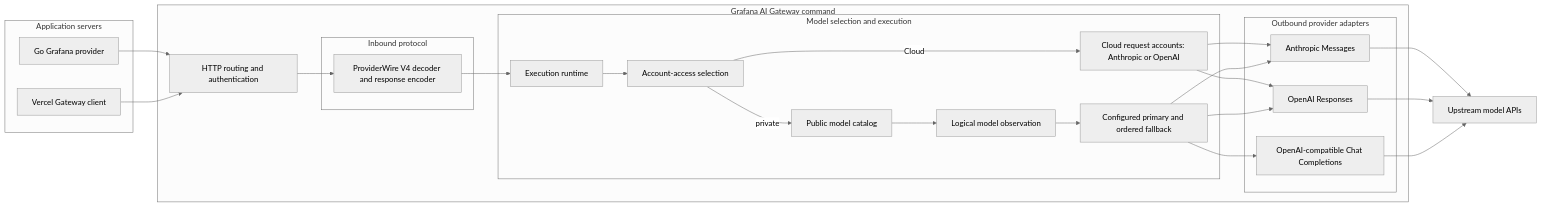
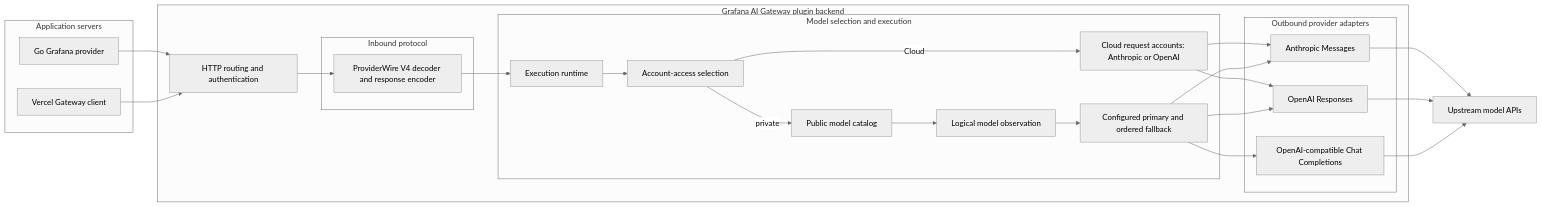
One commit to grafana/ai-sdk changed the first of 3 diagrams in docs/concepts/gateway-architecture.md. Above: the diagram before and after it, drawn with Mermaid (neutral theme). The commit also changed other lines of this file and 122 other files, not shown here.

First line of the commit message:
ci(ai-gateway): publish the Gateway plugin to the dev catalog on every main push

````diff
--- a/docs/concepts/gateway-architecture.md
+++ b/docs/concepts/gateway-architecture.md
@@ -29,38 +29,38 @@
 ```mermaid
 flowchart LR
   subgraph clients[Application servers]
     go[Go Grafana provider]
     ts[Vercel Gateway client]
   end
-  subgraph gateway[Grafana AI Gateway command]
+  subgraph gateway[Grafana AI Gateway plugin backend]
     host[HTTP routing and authentication]
     subgraph ingress[Inbound protocol]
       pw[ProviderWire V4 decoder and response encoder]
     end
     subgraph shared[Model selection and execution]
       runtime[Execution runtime]
       select[Account-access selection]
       catalog[Public model catalog]
       byok[Cloud request accounts: Anthropic or OpenAI]
       logical[Logical model observation]
       routing[Configured primary and ordered fallback]
     end
     subgraph outbound[Outbound provider adapters]
       anthropic[Anthropic Messages]
       openai[OpenAI Responses]
       compatible[OpenAI-compatible Chat Completions]
     end
   end
   apis[Upstream model APIs]
   go --> host
   ts --> host
   host --> pw
   pw --> runtime --> select
   select -->|private| catalog --> logical --> routing
   select -->|Cloud| byok
   byok --> anthropic
   byok --> openai
   routing --> anthropic --> apis
   routing --> openai --> apis
   routing --> compatible --> apis
 ```
````
